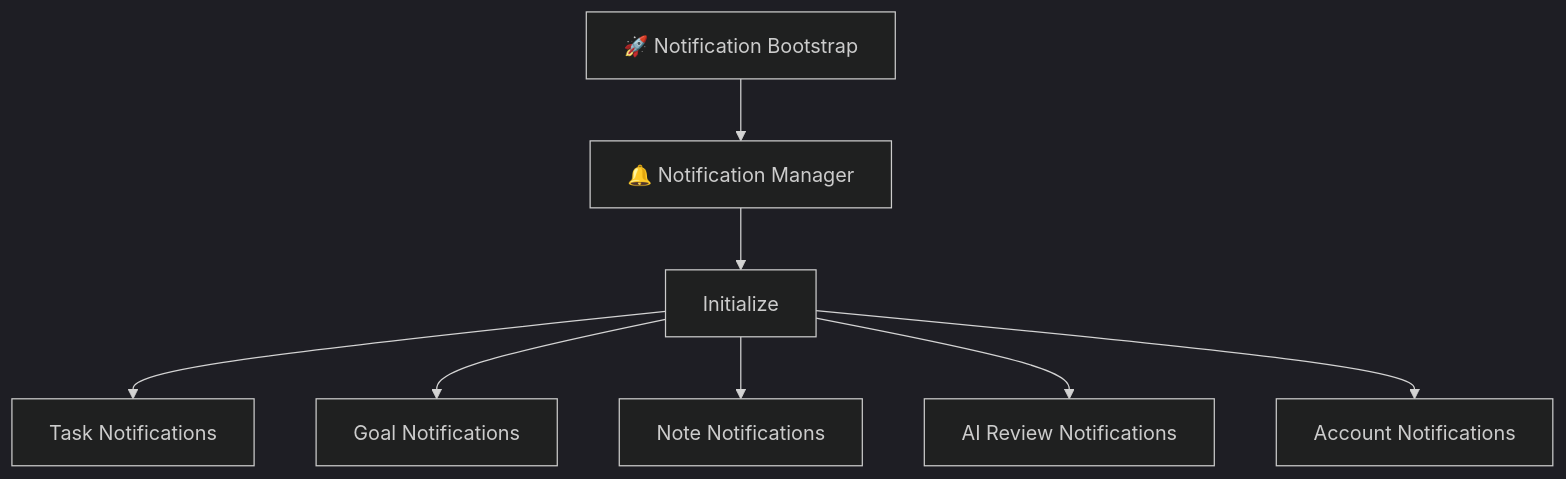
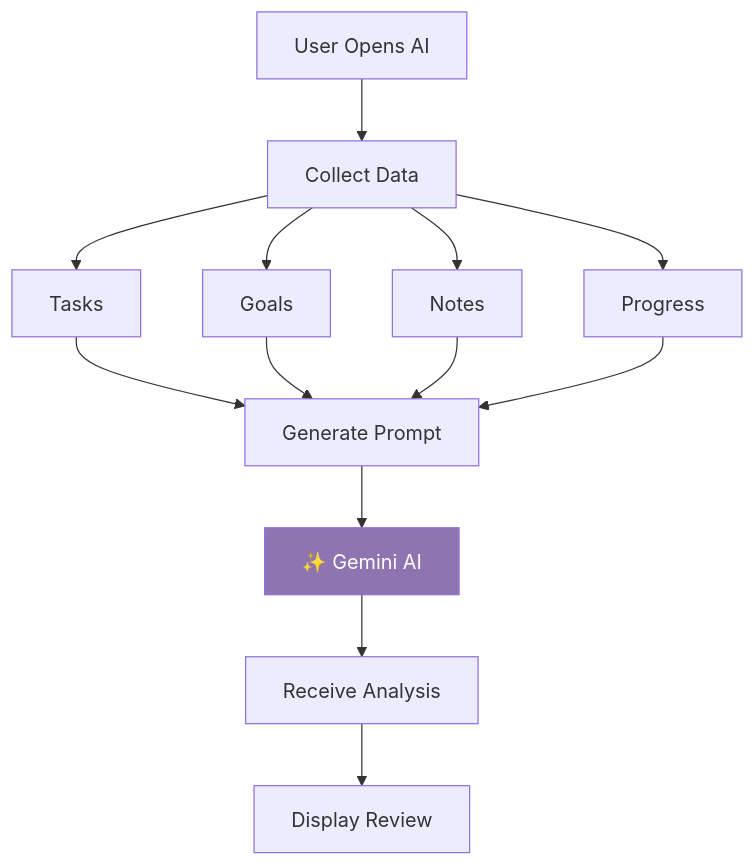
Before and after one commit to Pragatees/life-os-refined: diagram 11 of 14 in README.md, drawn with Mermaid. The commit also changed other lines of this file, not shown here.

````diff
--- a/README.md
+++ b/README.md
@@ -255,11 +388,14 @@
 ```mermaid
-%%{init: {'theme':'dark'}}%%
-flowchart TB
-    BOOT[🚀 Notification Bootstrap] --> MGR[🔔 Notification Manager]
-    MGR --> INIT[Initialize]
-    INIT --> TN[Task Notifications]
-    INIT --> GN[Goal Notifications]
-    INIT --> NN[Note Notifications]
-    INIT --> AIN[AI Review Notifications]
-    INIT --> ACN[Account Notifications]
+flowchart TD
+    A[User Opens AI] --> B[Collect Data]
+    B --> C[Tasks]
+    B --> D[Goals]
+    B --> E[Notes]
+    B --> F[Progress]
+    C & D & E & F --> G[Generate Prompt]
+    G --> H["✨ Gemini AI"]
+    H --> I[Receive Analysis]
+    I --> J[Display Review]
+
+    style H fill:#8E75B2,color:#fff
 ```
````
